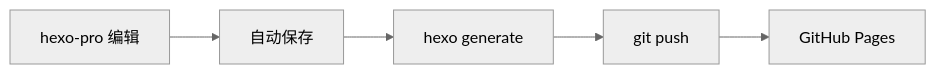
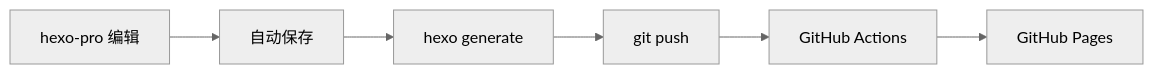
One commit to 2iker/hexo-blog changed the diagram in source/_posts/blog-architecture.md. Above: the diagram before and after it, drawn with Mermaid (neutral theme). The commit also changed other lines of this file, not shown here.

````diff
--- a/source/_posts/blog-architecture.md
+++ b/source/_posts/blog-architecture.md
@@ -142,7 +220,8 @@
 ```mermaid
 graph LR
     A[hexo-pro 编辑] --> B[自动保存]
     B --> C[hexo generate]
     C --> D[git push]
-    D --> E[GitHub Pages]
+    D --> E[GitHub Actions]
+    E --> F[GitHub Pages]
 ```
````
